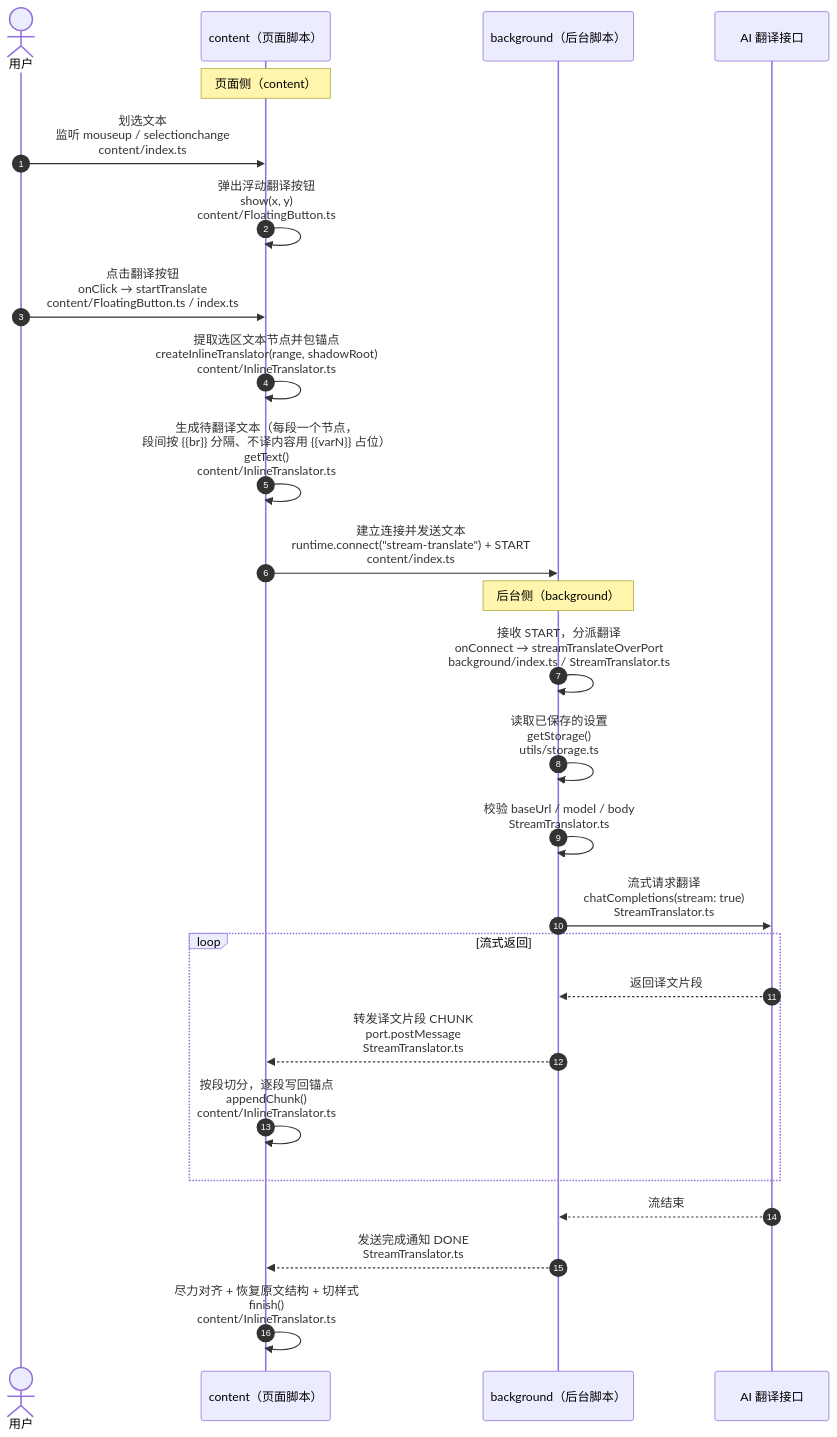
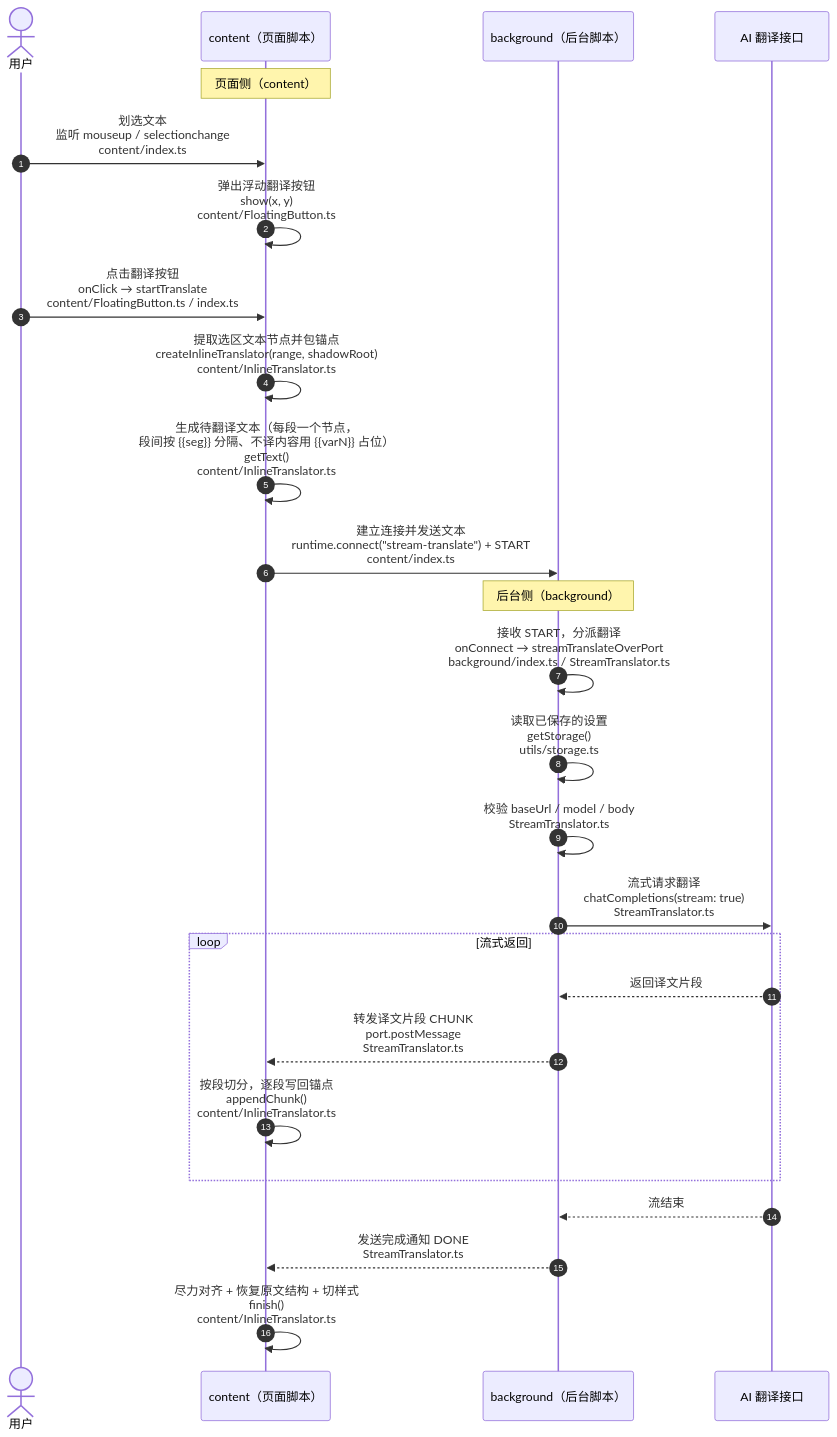
The second of 3 diagrams in docs/flowchart.md (Nickyzj628/llm-streaming-translate), drawn with Mermaid before and after one commit. The commit also changed 28 other files, not shown here.

````diff
--- a/docs/flowchart.md
+++ b/docs/flowchart.md
@@ -52,32 +52,32 @@
 ```mermaid
 sequenceDiagram
     autonumber
     actor U as 用户
     participant C as content（页面脚本）
     participant B as background（后台脚本）
     participant LLM as AI 翻译接口
 
     Note over C: 页面侧（content）
     U->>C: 划选文本<br/>监听 mouseup / selectionchange<br/>content/index.ts
     C->>C: 弹出浮动翻译按钮<br/>show(x, y)<br/>content/FloatingButton.ts
     U->>C: 点击翻译按钮<br/>onClick → startTranslate<br/>content/FloatingButton.ts / index.ts
     C->>C: 提取选区文本节点并包锚点<br/>createInlineTranslator(range, shadowRoot)<br/>content/InlineTranslator.ts
-    C->>C: 生成待翻译文本（每段一个节点，<br/>段间按 {{br}} 分隔、不译内容用 {{varN}} 占位）<br/>getText()<br/>content/InlineTranslator.ts
+    C->>C: 生成待翻译文本（每段一个节点，<br/>段间按 {{seg}} 分隔、不译内容用 {{varN}} 占位）<br/>getText()<br/>content/InlineTranslator.ts
     C->>B: 建立连接并发送文本<br/>runtime.connect("stream-translate") + START<br/>content/index.ts
 
     Note over B: 后台侧（background）
     B->>B: 接收 START，分派翻译<br/>onConnect → streamTranslateOverPort<br/>background/index.ts / StreamTranslator.ts
     B->>B: 读取已保存的设置<br/>getStorage()<br/>utils/storage.ts
     B->>B: 校验 baseUrl / model / body<br/>StreamTranslator.ts
     B->>LLM: 流式请求翻译<br/>chatCompletions(stream: true)<br/>StreamTranslator.ts
 
     loop 流式返回
         LLM-->>B: 返回译文片段
         B-->>C: 转发译文片段 CHUNK<br/>port.postMessage<br/>StreamTranslator.ts
         C->>C: 按段切分，逐段写回锚点<br/>appendChunk()<br/>content/InlineTranslator.ts
     end
 
     LLM-->>B: 流结束
     B-->>C: 发送完成通知 DONE<br/>StreamTranslator.ts
     C->>C: 尽力对齐 + 恢复原文结构 + 切样式<br/>finish()<br/>content/InlineTranslator.ts
 ```
````
